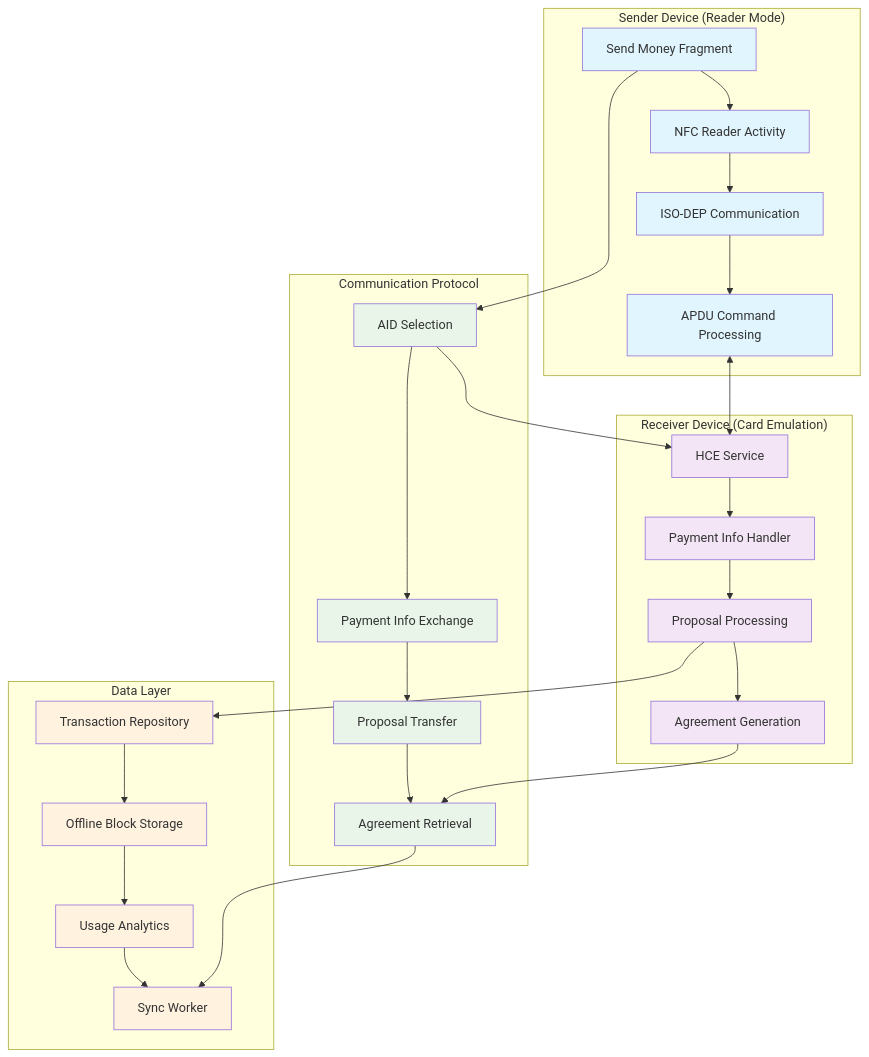
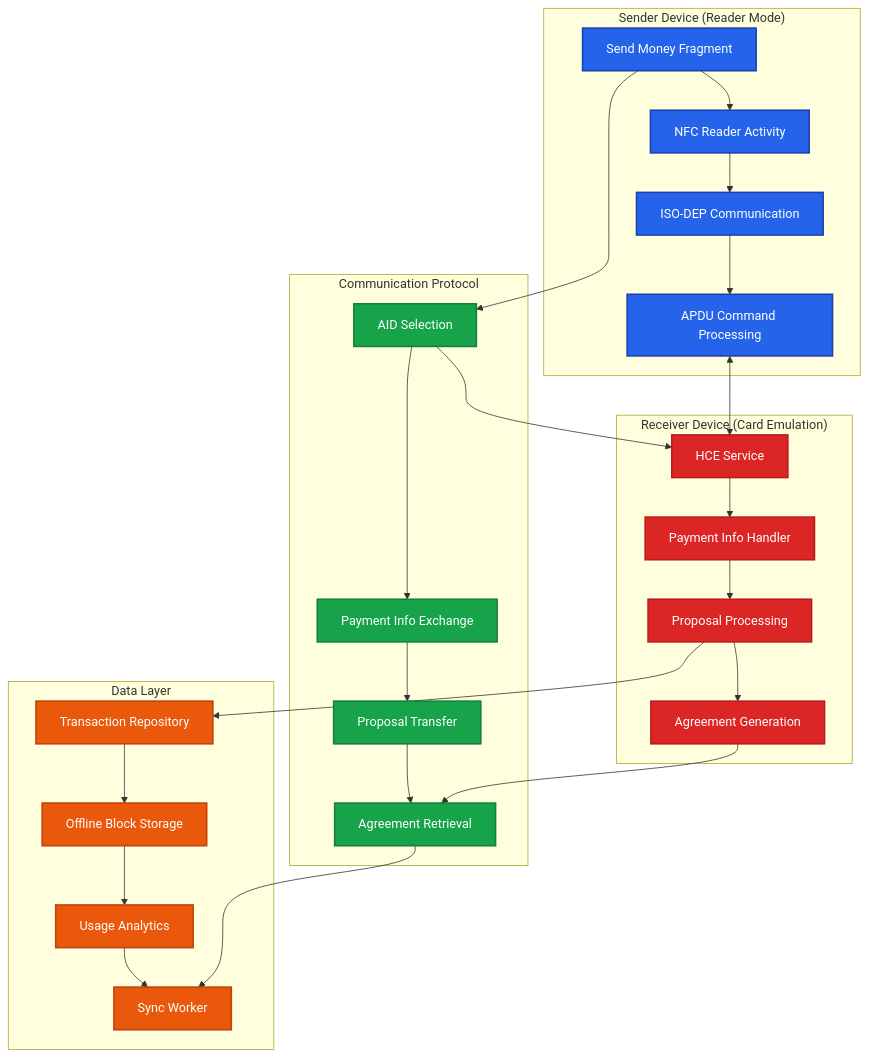
Before and after one commit to victorhornet/trustchain-superapp: the first of 4 diagrams in eurotoken/docs/nfc_transfers.md, drawn with Mermaid.

Commit message:
Improve colors of diagram

````diff
--- a/eurotoken/docs/nfc_transfers.md
+++ b/eurotoken/docs/nfc_transfers.md
@@ -5,43 +5,43 @@
 ```mermaid
 graph TB
     subgraph "Sender Device (Reader Mode)"
         A[Send Money Fragment] --> B[NFC Reader Activity]
         B --> C[ISO-DEP Communication]
         C --> D[APDU Command Processing]
     end
     
     subgraph "Receiver Device (Card Emulation)"
         E[HCE Service] --> F[Payment Info Handler]
         F --> G[Proposal Processing]
         G --> H[Agreement Generation]
     end
     
     subgraph "Communication Protocol"
         I[AID Selection] --> J[Payment Info Exchange]
         J --> K[Proposal Transfer]
         K --> L[Agreement Retrieval]
     end
     
     subgraph "Data Layer"
         M[Transaction Repository] --> N[Offline Block Storage]
         N --> O[Usage Analytics]
         O --> P[Sync Worker]
     end
     
     A --> I
     I --> E
     D <--> E
     G --> M
     H --> L
     L --> P
 
-    classDef sender fill:#e1f5fe
-    classDef receiver fill:#f3e5f5
-    classDef protocol fill:#e8f5e8
-    classDef data fill:#fff3e0
+    classDef sender fill:#2563eb,stroke:#1e40af,stroke-width:2px,color:#ffffff
+    classDef receiver fill:#dc2626,stroke:#b91c1c,stroke-width:2px,color:#ffffff
+    classDef protocol fill:#16a34a,stroke:#15803d,stroke-width:2px,color:#ffffff
+    classDef data fill:#ea580c,stroke:#c2410c,stroke-width:2px,color:#ffffff
     
     class A,B,C,D sender
     class E,F,G,H receiver
     class I,J,K,L protocol
     class M,N,O,P data
 ```
````
